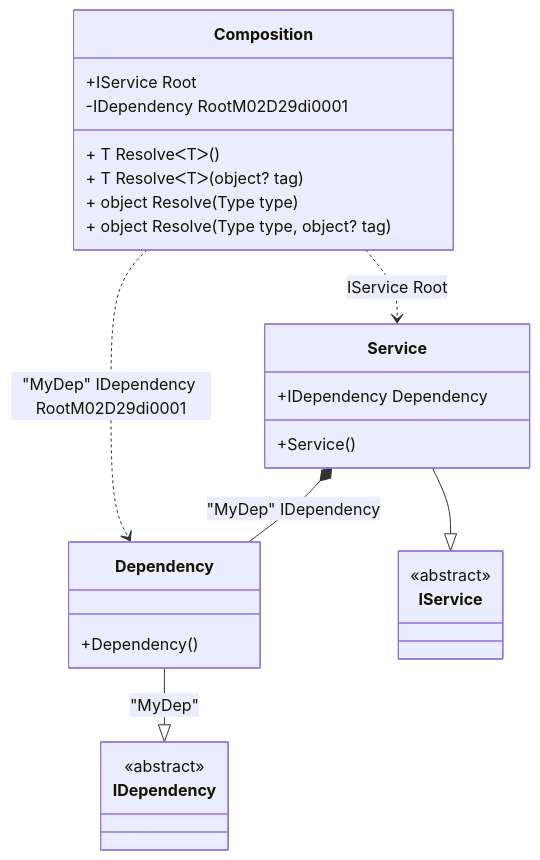
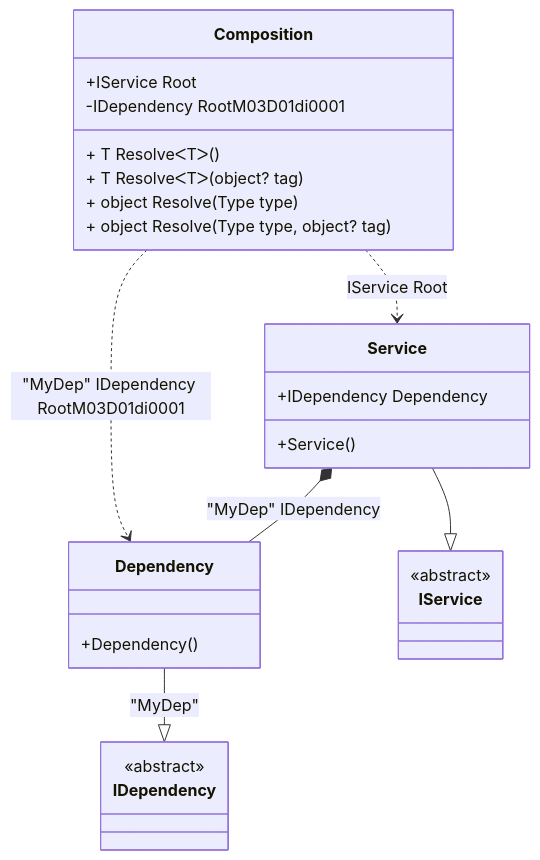
One commit to DevTeam/Pure.DI changed the diagram in readme/check-for-a-root.md. Above: the diagram before and after it, drawn with Mermaid. The commit also changed 36 other files, not shown here.

````diff
--- a/readme/check-for-a-root.md
+++ b/readme/check-for-a-root.md
@@ -63,29 +63,29 @@
 ```mermaid
 classDiagram
   class Composition {
     +IService Root
-    -IDependency RootM02D29di0001
+    -IDependency RootM03D01di0001
     + T ResolveᐸTᐳ()
     + T ResolveᐸTᐳ(object? tag)
     + object Resolve(Type type)
     + object Resolve(Type type, object? tag)
   }
   Dependency --|> IDependency : "MyDep" 
   class Dependency {
     +Dependency()
   }
   Service --|> IService : 
   class Service {
     +Service()
     +IDependency Dependency
   }
   class IDependency {
     <<abstract>>
   }
   class IService {
     <<abstract>>
   }
   Service *--  Dependency : "MyDep"  IDependency
-  Composition ..> Dependency : "MyDep" IDependency RootM02D29di0001
+  Composition ..> Dependency : "MyDep" IDependency RootM03D01di0001
   Composition ..> Service : IService Root
 ```
````
